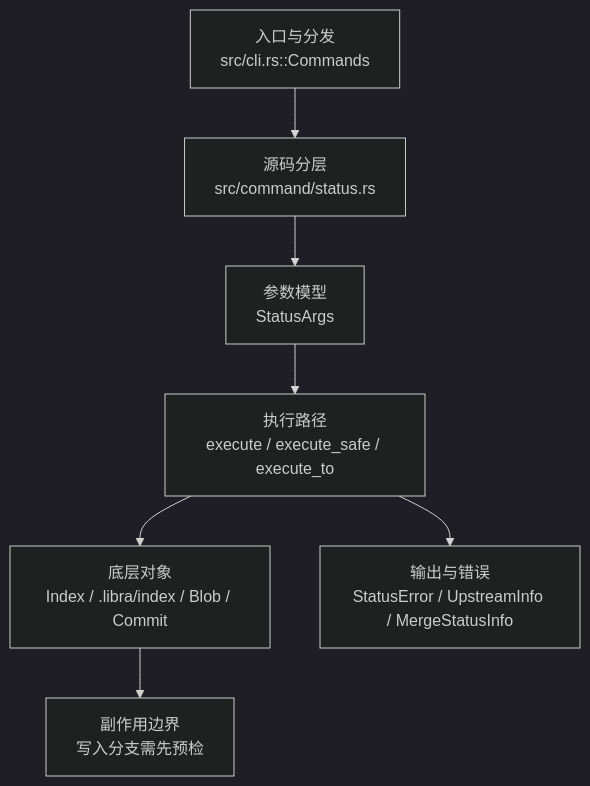
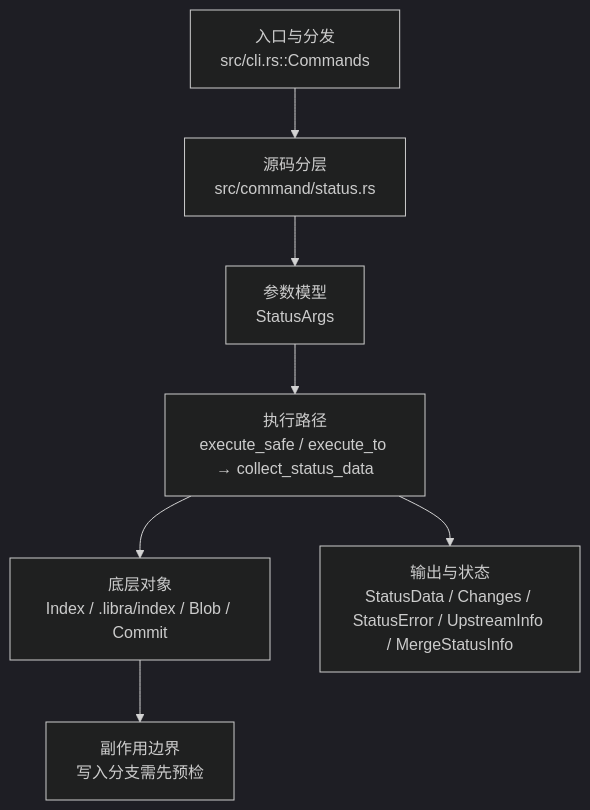
One commit to web3infra-foundation/libra changed the diagram in docs/development/commands/status.md. Above: the diagram before and after it, drawn with Mermaid (dark theme). The commit also changed other lines of this file and 65 other files, not shown here.

````diff
--- a/docs/development/commands/status.md
+++ b/docs/development/commands/status.md
@@ -23,9 +23,9 @@
 ```mermaid
 flowchart TD
     A["入口与分发<br/>src/cli.rs::Commands"] --> B["源码分层<br/>src/command/status.rs"]
     B --> C["参数模型<br/>StatusArgs"]
-    C --> D["执行路径<br/>execute / execute_safe / execute_to"]
+    C --> D["执行路径<br/>execute_safe / execute_to → collect_status_data"]
     D --> E["底层对象<br/>Index / .libra/index / Blob / Commit"]
-    D --> F["输出与错误<br/>StatusError / UpstreamInfo / MergeStatusInfo"]
+    D --> F["输出与状态<br/>StatusData / Changes / StatusError / UpstreamInfo / MergeStatusInfo"]
     E --> G["副作用边界<br/>写入分支需先预检"]
 ```
````
